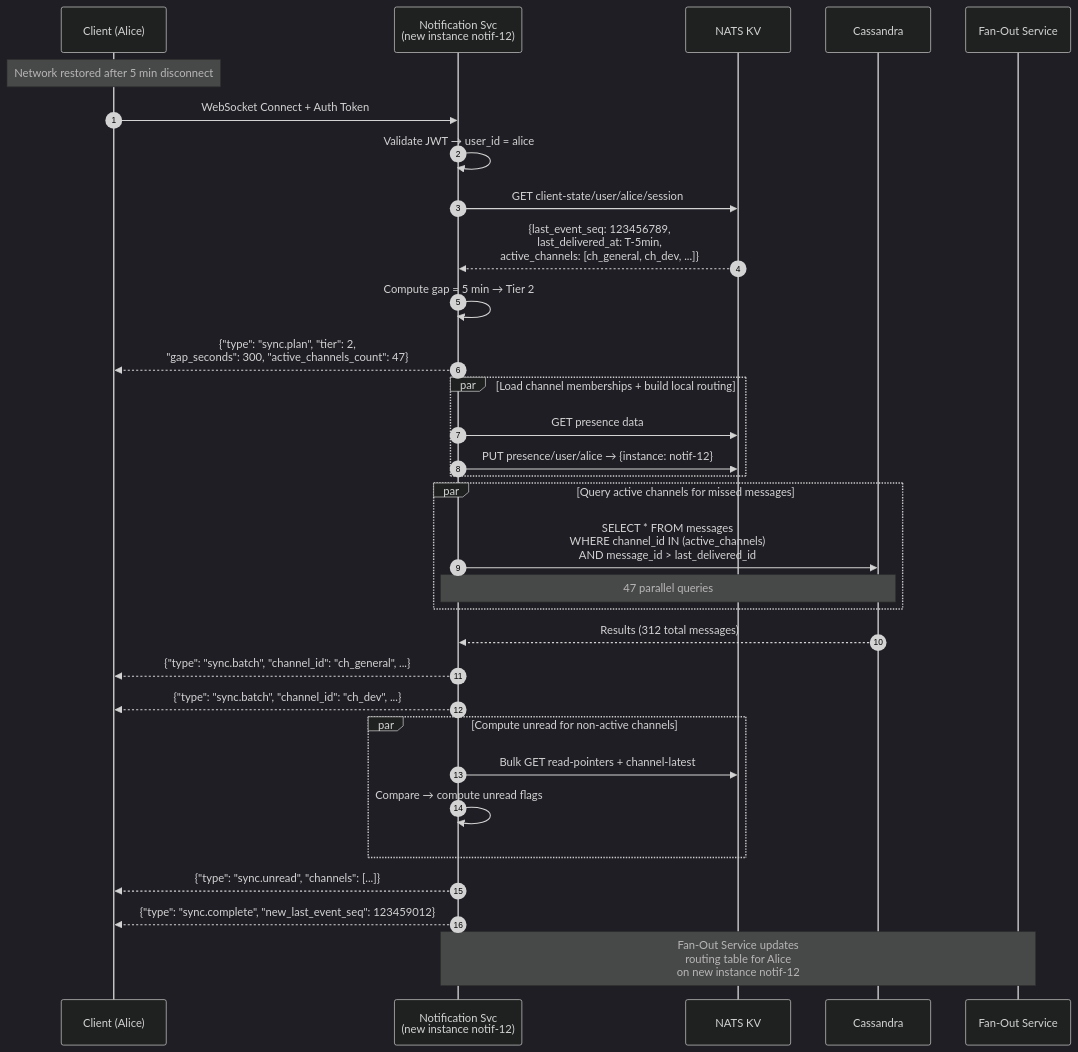
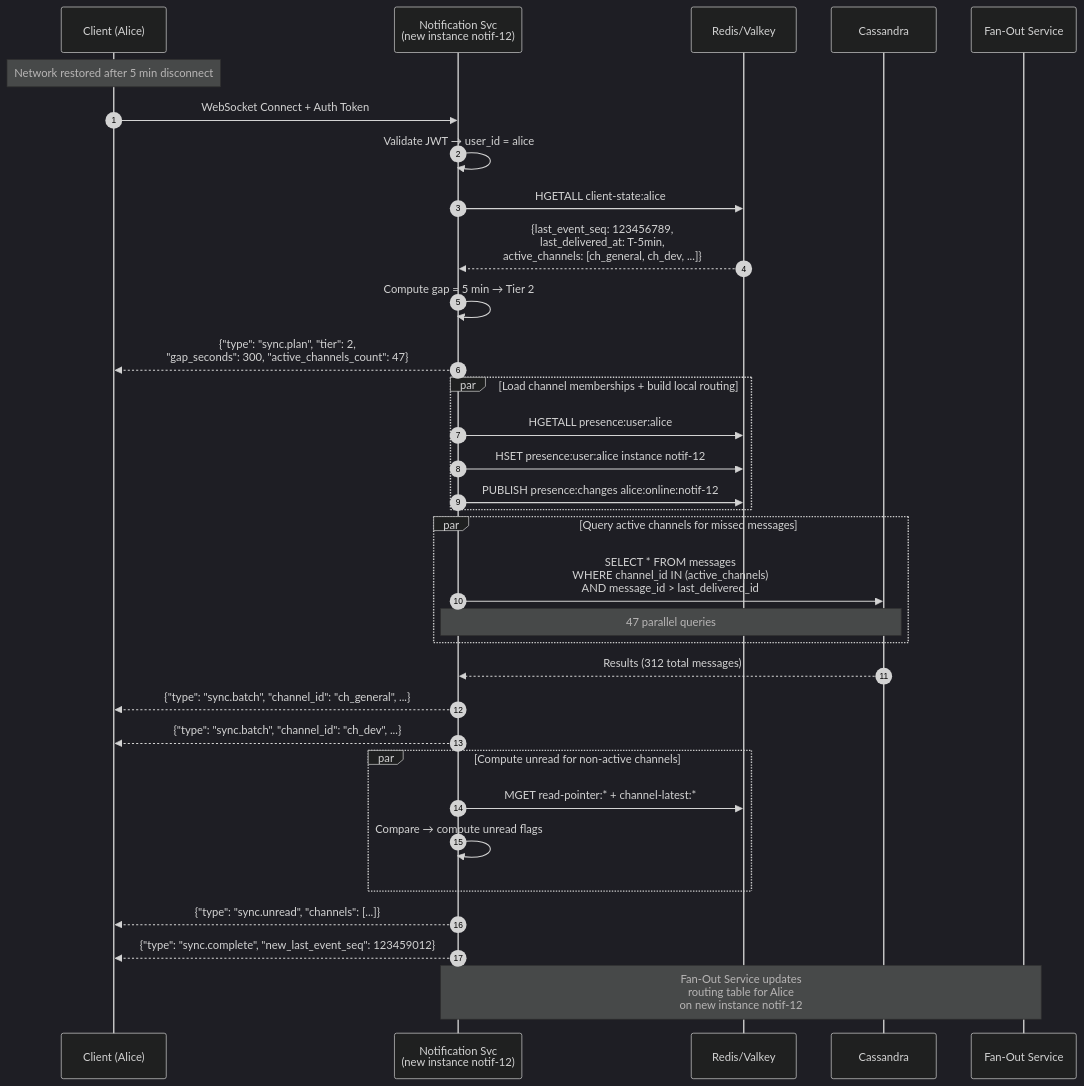
Before and after one commit to julianshen/chatconcept: the diagram in docs/features/reconnection.md, drawn with Mermaid (dark theme). The commit also changed other lines of this file and 14 other files, not shown here.

First line of the commit message:
docs: replace NATS KV with Redis/Valkey for ephemeral state

````diff
--- a/docs/features/reconnection.md
+++ b/docs/features/reconnection.md
@@ -149,45 +150,46 @@
 ```mermaid
 sequenceDiagram
     autonumber
     participant Client as Client (Alice)
     participant NotifSvc as Notification Svc<br/>(new instance notif-12)
-    participant NATSKV as NATS KV
+    participant Redis as Redis/Valkey
     participant Cassandra as Cassandra
     participant FanOut as Fan-Out Service
 
     Note over Client: Network restored after 5 min disconnect
     Client->>NotifSvc: WebSocket Connect + Auth Token
     NotifSvc->>NotifSvc: Validate JWT → user_id = alice
 
-    NotifSvc->>NATSKV: GET client-state/user/alice/session
-    NATSKV-->>NotifSvc: {last_event_seq: 123456789,<br/>last_delivered_at: T-5min,<br/>active_channels: [ch_general, ch_dev, ...]}
+    NotifSvc->>Redis: HGETALL client-state:alice
+    Redis-->>NotifSvc: {last_event_seq: 123456789,<br/>last_delivered_at: T-5min,<br/>active_channels: [ch_general, ch_dev, ...]}
 
     NotifSvc->>NotifSvc: Compute gap = 5 min → Tier 2
 
     NotifSvc-->>Client: {"type": "sync.plan", "tier": 2,<br/>"gap_seconds": 300, "active_channels_count": 47}
 
     par Load channel memberships + build local routing
-        NotifSvc->>NATSKV: GET presence data
-        NotifSvc->>NATSKV: PUT presence/user/alice → {instance: notif-12}
+        NotifSvc->>Redis: HGETALL presence:user:alice
+        NotifSvc->>Redis: HSET presence:user:alice instance notif-12
+        NotifSvc->>Redis: PUBLISH presence:changes alice:online:notif-12
     end
 
     par Query active channels for missed messages
         NotifSvc->>Cassandra: SELECT * FROM messages<br/>WHERE channel_id IN (active_channels)<br/>AND message_id > last_delivered_id
         Note over NotifSvc,Cassandra: 47 parallel queries
     end
 
     Cassandra-->>NotifSvc: Results (312 total messages)
 
     NotifSvc-->>Client: {"type": "sync.batch", "channel_id": "ch_general", ...}
     NotifSvc-->>Client: {"type": "sync.batch", "channel_id": "ch_dev", ...}
 
     par Compute unread for non-active channels
-        NotifSvc->>NATSKV: Bulk GET read-pointers + channel-latest
+        NotifSvc->>Redis: MGET read-pointer:* + channel-latest:*
         NotifSvc->>NotifSvc: Compare → compute unread flags
     end
 
     NotifSvc-->>Client: {"type": "sync.unread", "channels": [...]}
     NotifSvc-->>Client: {"type": "sync.complete", "new_last_event_seq": 123459012}
 
     Note over NotifSvc,FanOut: Fan-Out Service updates<br/>routing table for Alice<br/>on new instance notif-12
 ```
````
